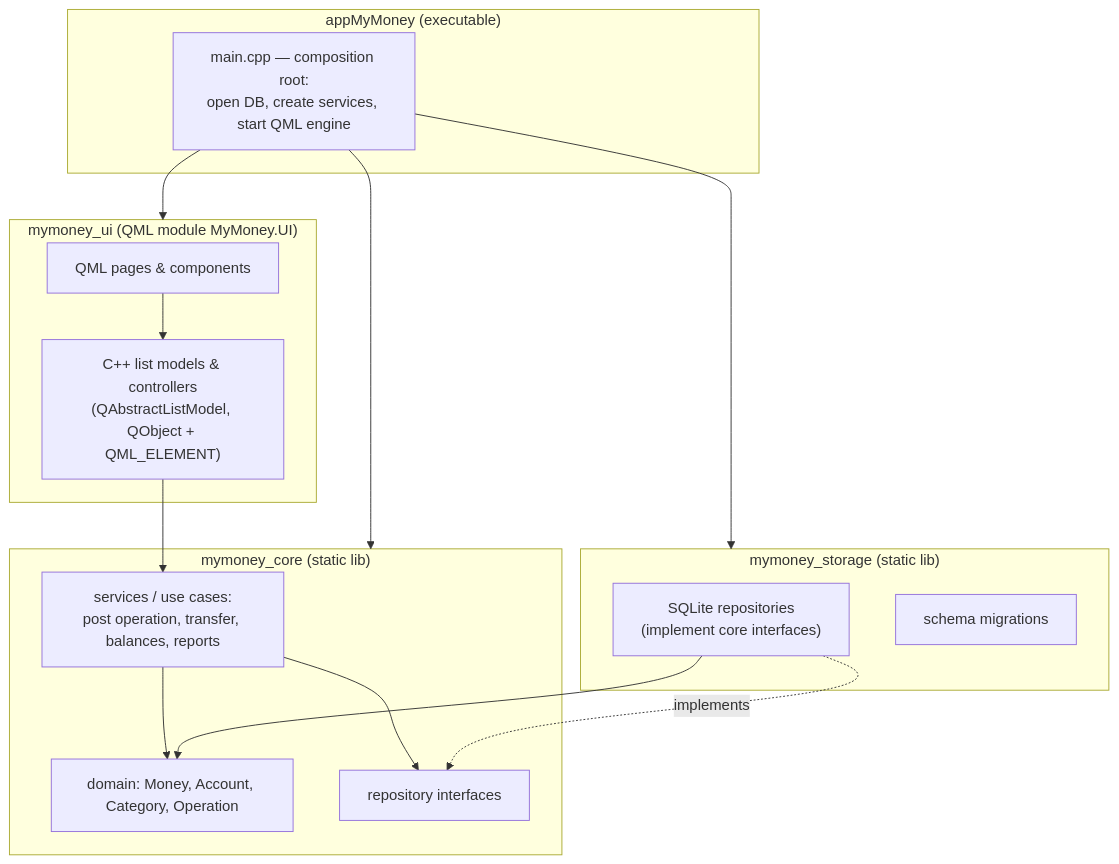
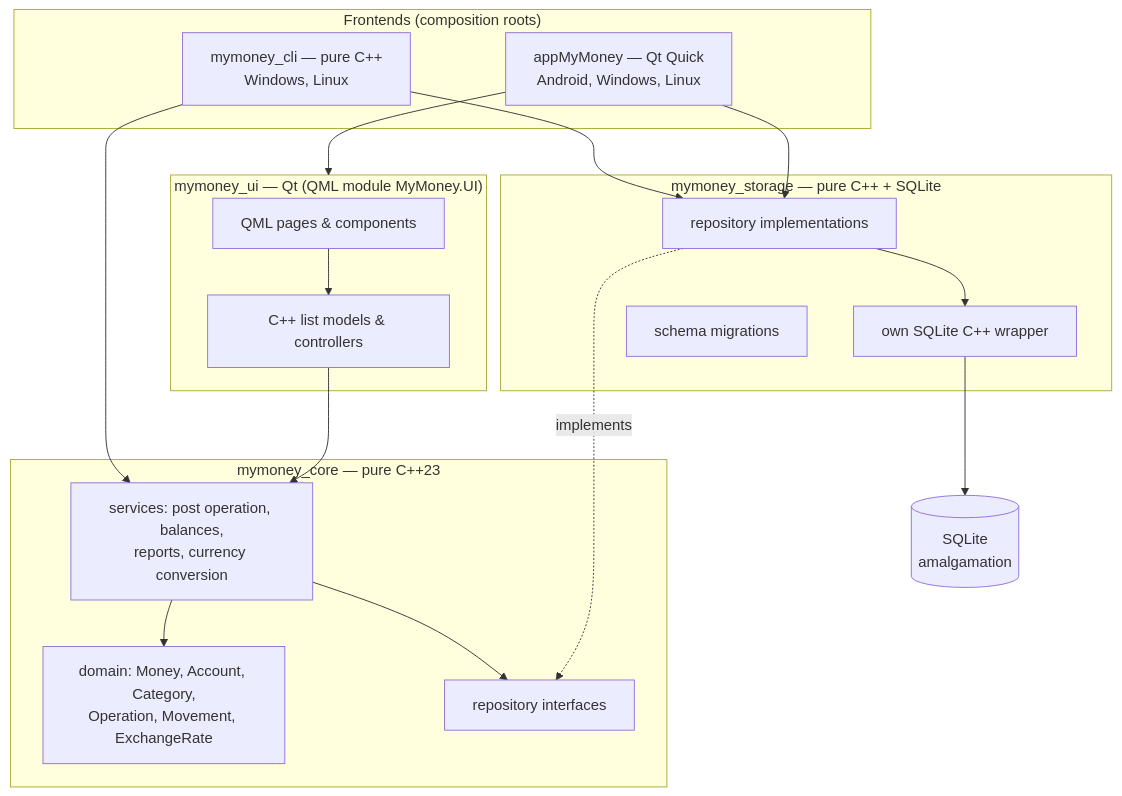
One commit to RomantsovS/MyMoneyCPP changed the first of 2 diagrams in docs/PROJECT_PLAN.md. Above: the diagram before and after it, drawn with Mermaid. The commit also changed other lines of this file and 6 other files, not shown here.

````diff
--- a/docs/PROJECT_PLAN.md
+++ b/docs/PROJECT_PLAN.md
@@ -125,28 +121,34 @@
 ```mermaid
 flowchart TB
-    subgraph app["appMyMoney (executable)"]
-        main["main.cpp — composition root:<br/>open DB, create services, start QML engine"]
+    subgraph frontends["Frontends (composition roots)"]
+        cli["mymoney_cli — pure C++<br/>Windows, Linux"]
+        app["appMyMoney — Qt Quick<br/>Android, Windows, Linux"]
     end
-    subgraph ui["mymoney_ui (QML module MyMoney.UI)"]
+    subgraph ui["mymoney_ui — Qt (QML module MyMoney.UI)"]
         qml["QML pages & components"]
-        vm["C++ list models & controllers<br/>(QAbstractListModel, QObject + QML_ELEMENT)"]
+        vm["C++ list models & controllers"]
     end
-    subgraph storage["mymoney_storage (static lib)"]
-        repo["SQLite repositories<br/>(implement core interfaces)"]
+    subgraph storage["mymoney_storage — pure C++ + SQLite"]
+        repo["repository implementations"]
+        sqlw["own SQLite C++ wrapper"]
         mig["schema migrations"]
     end
-    subgraph core["mymoney_core (static lib)"]
-        dom["domain: Money, Account, Category, Operation"]
-        svc["services / use cases:<br/>post operation, transfer, balances, reports"]
+    subgraph core["mymoney_core — pure C++23"]
+        dom["domain: Money, Account, Category,<br/>Operation, Movement, ExchangeRate"]
+        svc["services: post operation, balances,<br/>reports, currency conversion"]
         ifc["repository interfaces"]
     end
-    main --> ui
-    main --> storage
-    main --> core
+    sqlite[("SQLite<br/>amalgamation")]
+
+    cli --> svc
+    cli --> repo
+    app --> ui
+    app --> repo
     qml --> vm
     vm --> svc
     svc --> dom
     svc --> ifc
     repo -. implements .-> ifc
-    repo --> dom
+    repo --> sqlw
+    sqlw --> sqlite
 ```
````
